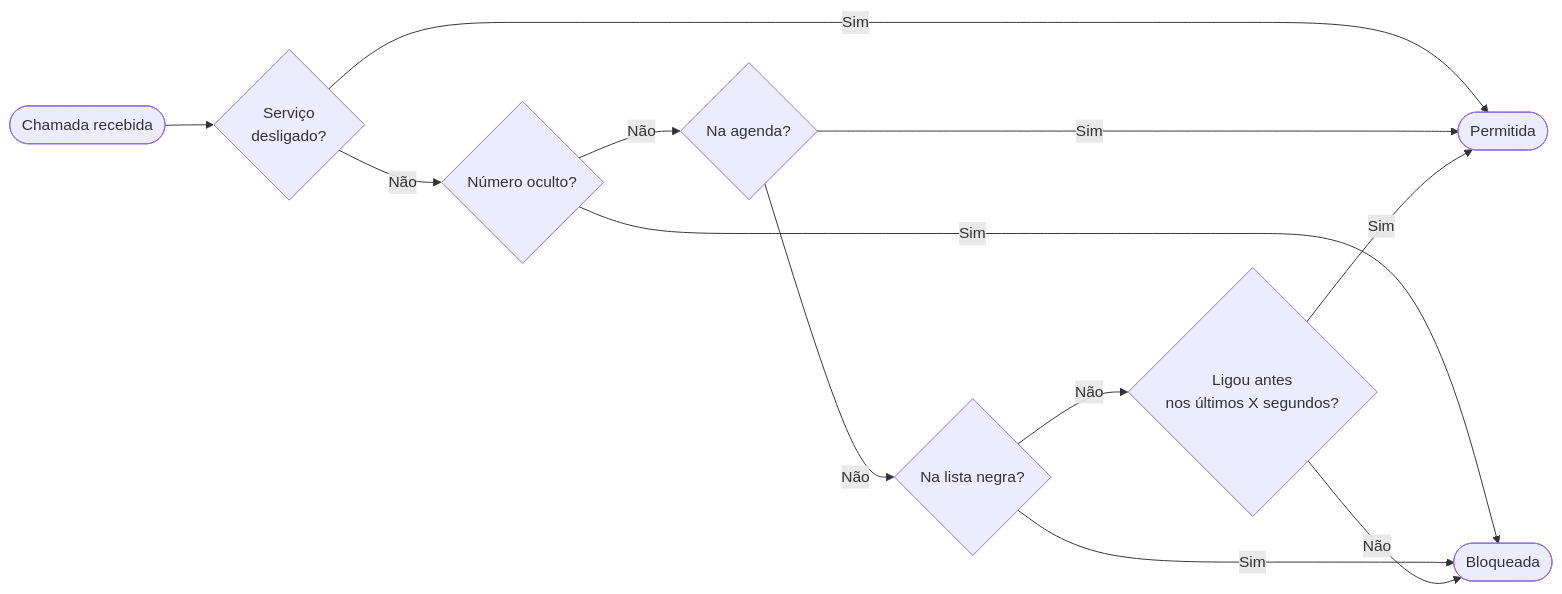
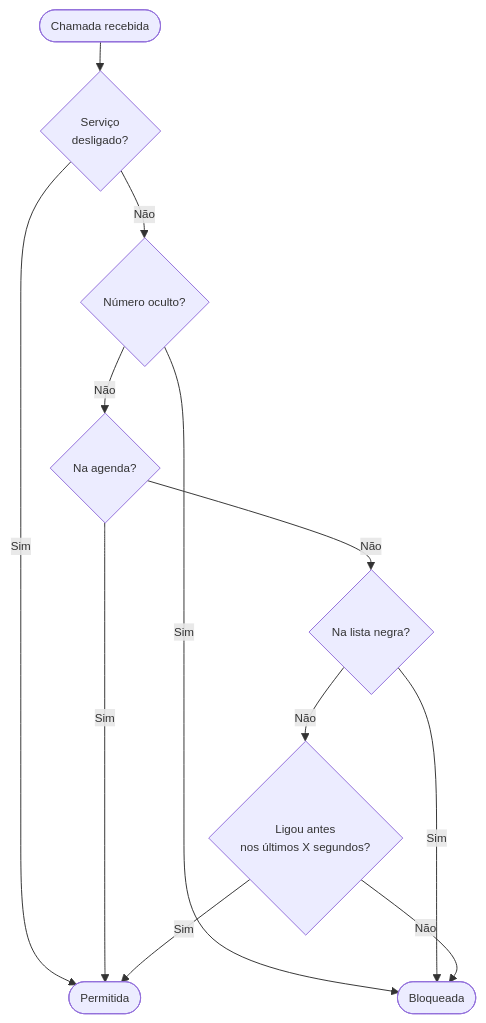
One commit to acdcmaia/call-guard changed the diagram in README.md. Above: the diagram before and after it, drawn with Mermaid.

Commit message:
docs: switch flowchart to TD with compact spacing and smaller font

````diff
--- a/README.md
+++ b/README.md
@@ -7,14 +7,15 @@
 ```mermaid
-flowchart LR
+%%{init: {'flowchart': {'nodeSpacing': 30, 'rankSpacing': 30}, 'themeVariables': {'fontSize': '12px'}}}%%
+flowchart TD
     A([Chamada recebida]) --> OFF{Serviço\ndesligado?}
     OFF -- Sim --> E([Permitida])
     OFF -- Não --> P{Número oculto?}
     P -- Sim --> C([Bloqueada])
     P -- Não --> CK{Na agenda?}
     CK -- Sim --> E
     CK -- Não --> B{Na lista negra?}
     B -- Sim --> C
     B -- Não --> D{Ligou antes\nnos últimos X segundos?}
     D -- Não --> C
     D -- Sim --> E
 ```
````
